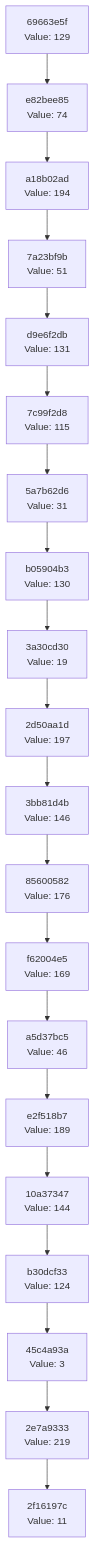
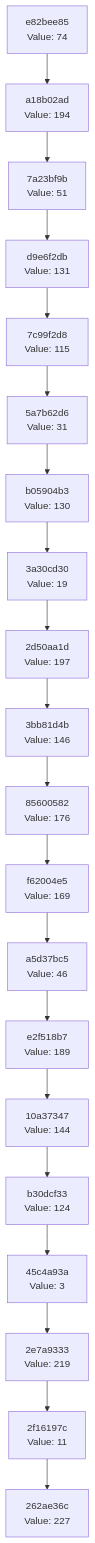
Before and after one commit to Abhisheksinha1506/hash-chain-evolver: the diagram in docs/CHAIN_VISUALIZATION.md, drawn with Mermaid. The commit also changed 1 other file, not shown here.

Commit message:
Evolution Step

````diff
--- a/docs/CHAIN_VISUALIZATION.md
+++ b/docs/CHAIN_VISUALIZATION.md
@@ -3,42 +3,42 @@
 ```mermaid
 graph TD
-    C0["2f16197c<br/>Value: 11"]
-    C1["2e7a9333<br/>Value: 219"]
+    C0["262ae36c<br/>Value: 227"]
+    C1["2f16197c<br/>Value: 11"]
     C1 --> C0
-    C2["45c4a93a<br/>Value: 3"]
+    C2["2e7a9333<br/>Value: 219"]
     C2 --> C1
-    C3["b30dcf33<br/>Value: 124"]
+    C3["45c4a93a<br/>Value: 3"]
     C3 --> C2
-    C4["10a37347<br/>Value: 144"]
+    C4["b30dcf33<br/>Value: 124"]
     C4 --> C3
-    C5["e2f518b7<br/>Value: 189"]
+    C5["10a37347<br/>Value: 144"]
     C5 --> C4
-    C6["a5d37bc5<br/>Value: 46"]
+    C6["e2f518b7<br/>Value: 189"]
     C6 --> C5
-    C7["f62004e5<br/>Value: 169"]
+    C7["a5d37bc5<br/>Value: 46"]
     C7 --> C6
-    C8["85600582<br/>Value: 176"]
+    C8["f62004e5<br/>Value: 169"]
     C8 --> C7
-    C9["3bb81d4b<br/>Value: 146"]
+    C9["85600582<br/>Value: 176"]
     C9 --> C8
-    C10["2d50aa1d<br/>Value: 197"]
+    C10["3bb81d4b<br/>Value: 146"]
     C10 --> C9
-    C11["3a30cd30<br/>Value: 19"]
+    C11["2d50aa1d<br/>Value: 197"]
     C11 --> C10
-    C12["b05904b3<br/>Value: 130"]
+    C12["3a30cd30<br/>Value: 19"]
     C12 --> C11
-    C13["5a7b62d6<br/>Value: 31"]
+    C13["b05904b3<br/>Value: 130"]
     C13 --> C12
-    C14["7c99f2d8<br/>Value: 115"]
+    C14["5a7b62d6<br/>Value: 31"]
     C14 --> C13
-    C15["d9e6f2db<br/>Value: 131"]
+    C15["7c99f2d8<br/>Value: 115"]
     C15 --> C14
-    C16["7a23bf9b<br/>Value: 51"]
+    C16["d9e6f2db<br/>Value: 131"]
     C16 --> C15
-    C17["a18b02ad<br/>Value: 194"]
+    C17["7a23bf9b<br/>Value: 51"]
     C17 --> C16
-    C18["e82bee85<br/>Value: 74"]
+    C18["a18b02ad<br/>Value: 194"]
     C18 --> C17
-    C19["69663e5f<br/>Value: 129"]
+    C19["e82bee85<br/>Value: 74"]
     C19 --> C18
 ```
````
